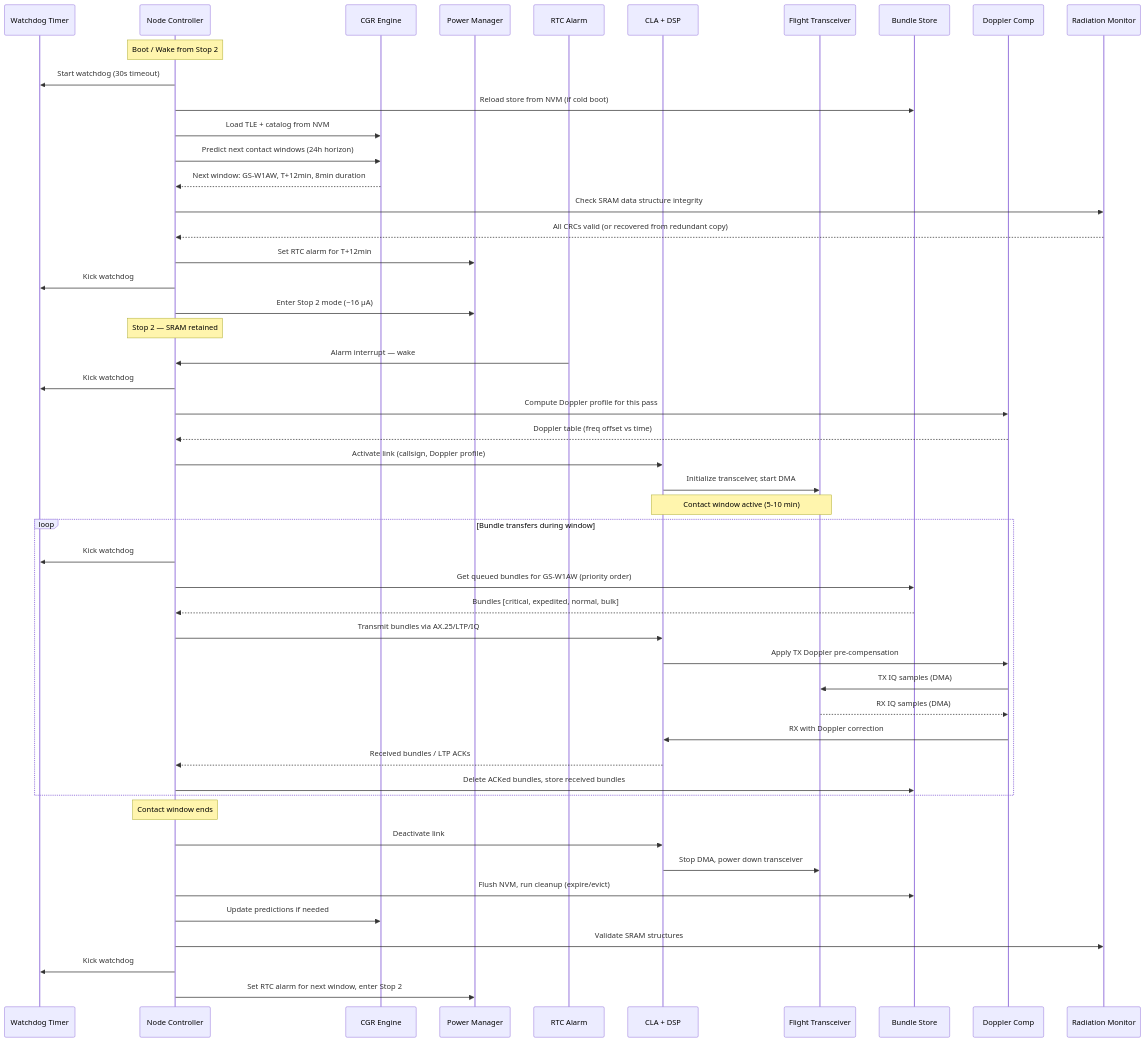
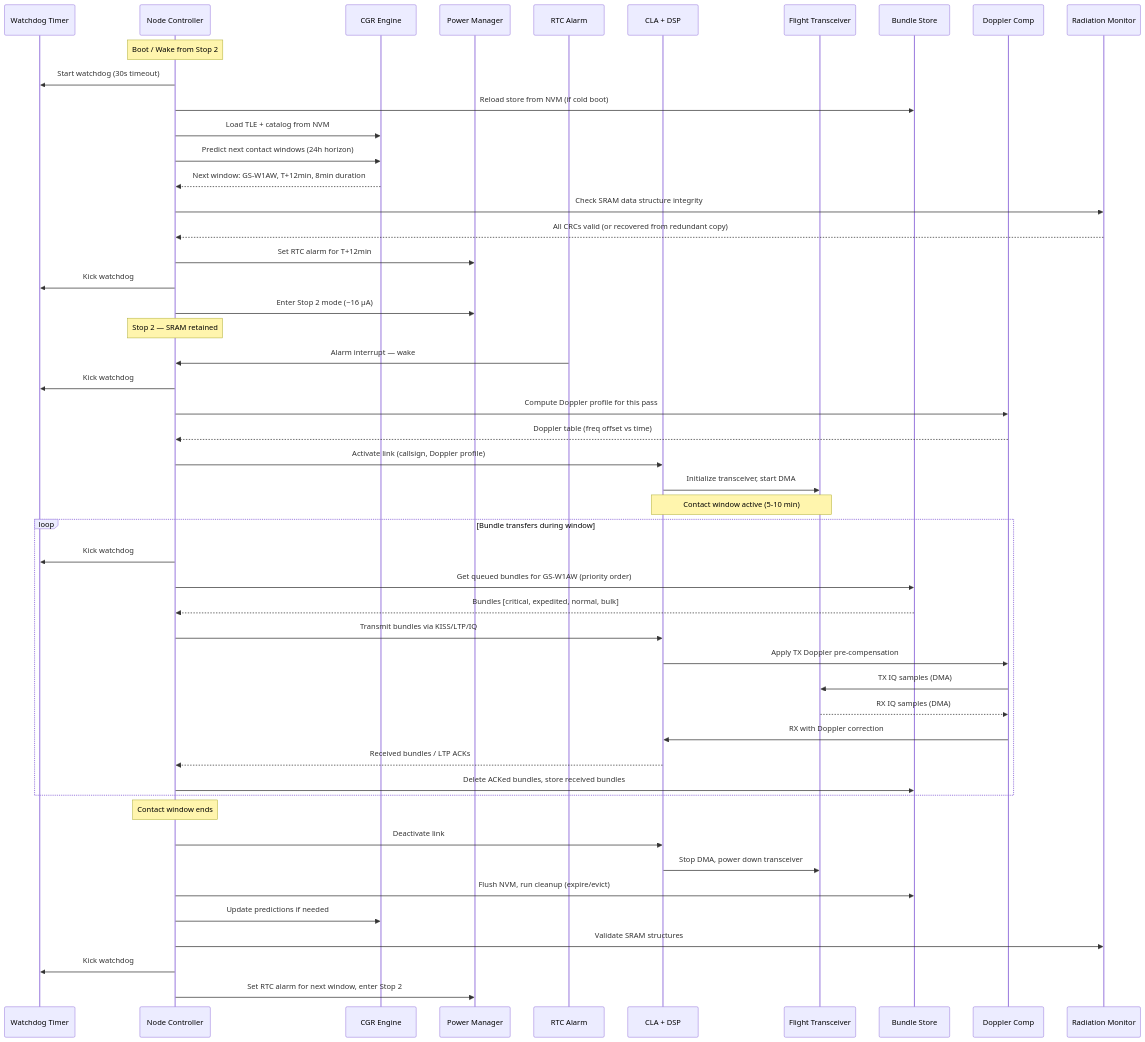
Before and after one commit to g4dpz/cislunar_proposal: the third of 6 diagrams in docs/leo-cubesat-phase3/design.md, drawn with Mermaid. The commit also changed other lines of this file and 17 other files, not shown here.

Commit message:
Replace AX.25 with LTP-over-KISS and dtn:// EIDs across all specs, add cislunar redirect conf

````diff
--- a/docs/leo-cubesat-phase3/design.md
+++ b/docs/leo-cubesat-phase3/design.md
@@ -123,60 +123,60 @@
 ```mermaid
 sequenceDiagram
     participant WDT as Watchdog Timer
     participant NC as Node Controller
     participant CGR as CGR Engine
     participant PWR as Power Manager
     participant RTC as RTC Alarm
     participant CLA as CLA + DSP
     participant XCVR as Flight Transceiver
     participant BS as Bundle Store
     participant DOP as Doppler Comp
     participant RAD as Radiation Monitor
 
     Note over NC: Boot / Wake from Stop 2
     NC->>WDT: Start watchdog (30s timeout)
     NC->>BS: Reload store from NVM (if cold boot)
     NC->>CGR: Load TLE + catalog from NVM
     NC->>CGR: Predict next contact windows (24h horizon)
     CGR-->>NC: Next window: GS-W1AW, T+12min, 8min duration
 
     NC->>RAD: Check SRAM data structure integrity
     RAD-->>NC: All CRCs valid (or recovered from redundant copy)
 
     NC->>PWR: Set RTC alarm for T+12min
     NC->>WDT: Kick watchdog
     NC->>PWR: Enter Stop 2 mode (~16 µA)
 
     Note over NC: Stop 2 — SRAM retained
 
     RTC->>NC: Alarm interrupt — wake
     NC->>WDT: Kick watchdog
     NC->>DOP: Compute Doppler profile for this pass
     DOP-->>NC: Doppler table (freq offset vs time)
     NC->>CLA: Activate link (callsign, Doppler profile)
     CLA->>XCVR: Initialize transceiver, start DMA
 
     Note over CLA,XCVR: Contact window active (5-10 min)
 
     loop Bundle transfers during window
         NC->>WDT: Kick watchdog
         NC->>BS: Get queued bundles for GS-W1AW (priority order)
         BS-->>NC: Bundles [critical, expedited, normal, bulk]
-        NC->>CLA: Transmit bundles via AX.25/LTP/IQ
+        NC->>CLA: Transmit bundles via KISS/LTP/IQ
         CLA->>DOP: Apply TX Doppler pre-compensation
         DOP->>XCVR: TX IQ samples (DMA)
         XCVR-->>DOP: RX IQ samples (DMA)
         DOP->>CLA: RX with Doppler correction
         CLA-->>NC: Received bundles / LTP ACKs
         NC->>BS: Delete ACKed bundles, store received bundles
     end
 
     Note over NC: Contact window ends
     NC->>CLA: Deactivate link
     CLA->>XCVR: Stop DMA, power down transceiver
     NC->>BS: Flush NVM, run cleanup (expire/evict)
     NC->>CGR: Update predictions if needed
     NC->>RAD: Validate SRAM structures
     NC->>WDT: Kick watchdog
     NC->>PWR: Set RTC alarm for next window, enter Stop 2
 ```
````
